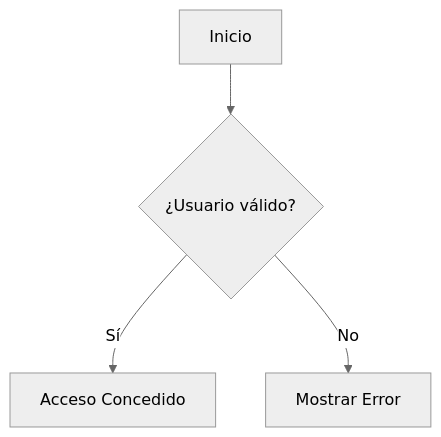
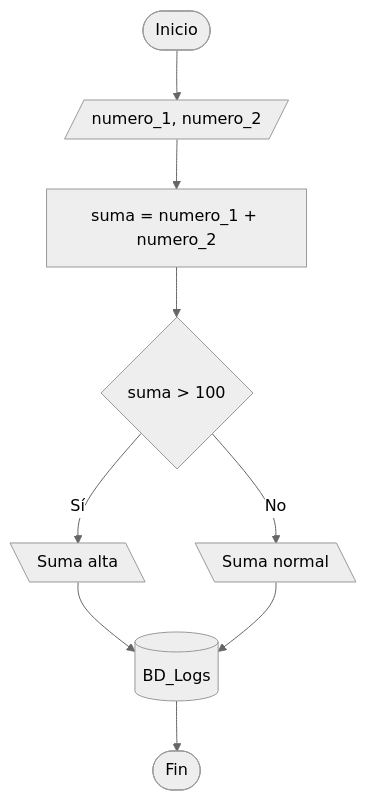
The second of 2 diagrams in contenido/marcado.md (lcuevasmx/notas-backend), drawn with Mermaid (neutral theme) before and after one commit. The commit also changed other lines of this file and 7 other files, not shown here.

Commit message:
Diagrama de flujo y Pseudocódigo

````diff
--- a/contenido/marcado.md
+++ b/contenido/marcado.md
@@ -130,6 +173,12 @@
 ```mermaid
 flowchart TD
-    A[Inicio] --> B{¿Usuario válido?}
-    B -- Sí --> C[Acceso Concedido]
-    B -- No --> D[Mostrar Error]
+    A([Inicio]) --> B[/numero_1, numero_2/]
+    B --> C[suma = numero_1 + numero_2]
+    C --> D{suma > 100}
+    
+    D -- Sí --> E[\"Suma alta"\]
+    D -- No --> F[\"Suma normal"\]
+    
+    E --> G[(BD_Logs)]
+    F --> G --> H([Fin])
 ```
````
